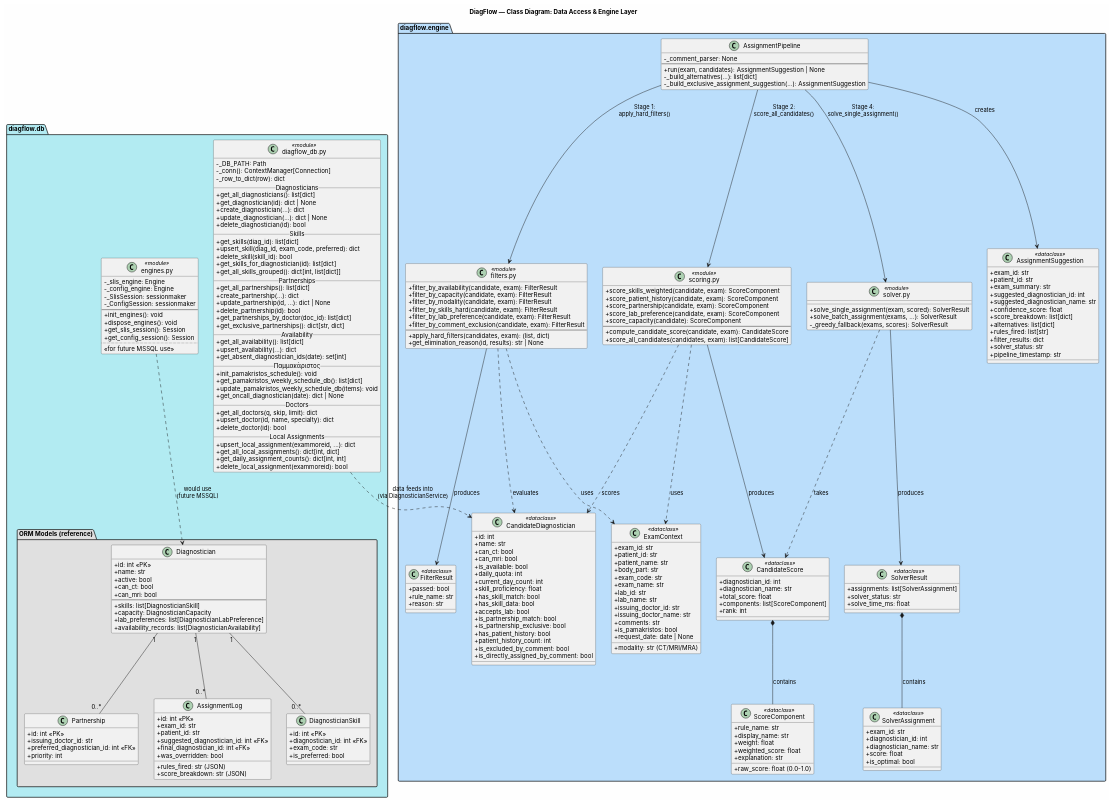
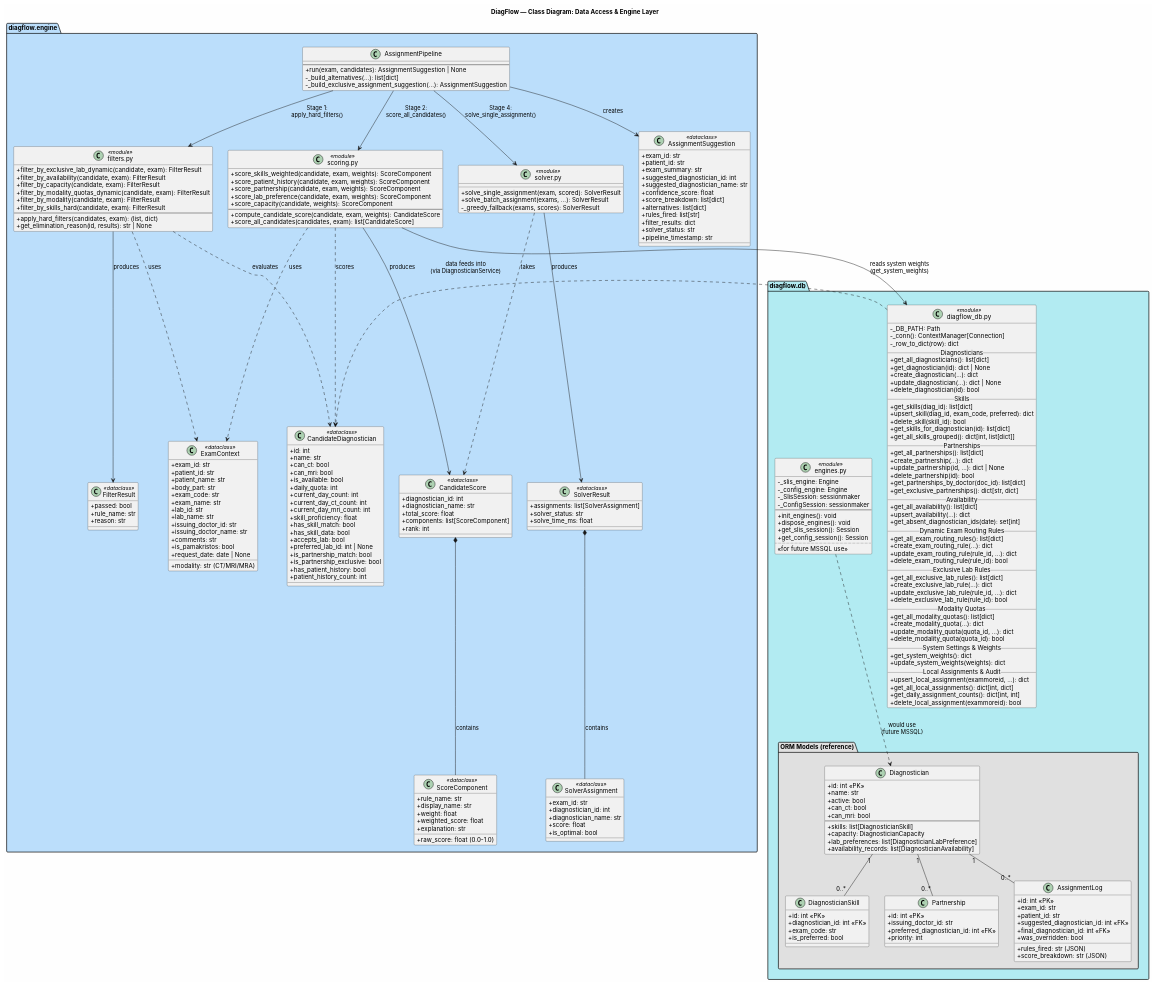
The diagram in puml/data_api.puml (Georgekon4002/diagflow), drawn with PlantUML before and after one commit. The commit also changed 35 other files, not shown here.

```diff
--- a/puml/data_api.puml
+++ b/puml/data_api.puml
@@ -37,16 +37,25 @@
         + get_all_availability(): list[dict]
         + upsert_availability(...): dict
         + get_absent_diagnostician_ids(date): set[int]
-        __ Παμμακάριστος __
-        + init_pamakristos_schedule(): void
-        + get_pamakristos_weekly_schedule_db(): list[dict]
-        + update_pamakristos_weekly_schedule_db(items): void
-        + get_oncall_diagnostician(date): dict | None
-        __ Doctors __
-        + get_all_doctors(q, skip, limit): dict
-        + upsert_doctor(id, name, specialty): dict
-        + delete_doctor(id): bool
-        __ Local Assignments __
+        __ Dynamic Exam Routing Rules __
+        + get_all_exam_routing_rules(): list[dict]
+        + create_exam_routing_rule(...): dict
+        + update_exam_routing_rule(rule_id, ...): dict
+        + delete_exam_routing_rule(rule_id): bool
+        __ Exclusive Lab Rules __
+        + get_all_exclusive_lab_rules(): list[dict]
+        + create_exclusive_lab_rule(...): dict
+        + update_exclusive_lab_rule(rule_id, ...): dict
+        + delete_exclusive_lab_rule(rule_id): bool
+        __ Modality Quotas __
+        + get_all_modality_quotas(): list[dict]
+        + create_modality_quota(...): dict
+        + update_modality_quota(quota_id, ...): dict
+        + delete_modality_quota(quota_id): bool
+        __ System Settings & Weights __
+        + get_system_weights(): dict
+        + update_system_weights(weights): dict
+        __ Local Assignments & Audit __
         + upsert_local_assignment(exammoreid, ...): dict
         + get_all_local_assignments(): dict[int, dict]
         + get_daily_assignment_counts(): dict[int, int]
@@ -143,16 +152,17 @@
         + is_available: bool
         + daily_quota: int
         + current_day_count: int
+        + current_day_ct_count: int
+        + current_day_mri_count: int
         + skill_proficiency: float
         + has_skill_match: bool
         + has_skill_data: bool
         + accepts_lab: bool
+        + preferred_lab_id: int | None
         + is_partnership_match: bool
         + is_partnership_exclusive: bool
         + has_patient_history: bool
         + patient_history_count: int
-        + is_excluded_by_comment: bool
-        + is_directly_assigned_by_comment: bool
     }
 
     class "FilterResult" as filter_result <<dataclass>> {
@@ -162,12 +172,12 @@
     }
 
     class "filters.py" as filters <<module>> {
+        + filter_by_exclusive_lab_dynamic(candidate, exam): FilterResult
         + filter_by_availability(candidate, exam): FilterResult
         + filter_by_capacity(candidate, exam): FilterResult
+        + filter_by_modality_quotas_dynamic(candidate, exam): FilterResult
         + filter_by_modality(candidate, exam): FilterResult
         + filter_by_skills_hard(candidate, exam): FilterResult
-        + filter_by_lab_preference(candidate, exam): FilterResult
-        + filter_by_comment_exclusion(candidate, exam): FilterResult
         --
         + apply_hard_filters(candidates, exam): (list, dict)
         + get_elimination_reason(id, results): str | None
@@ -191,13 +201,13 @@
     }
 
     class "scoring.py" as scoring <<module>> {
-        + score_skills_weighted(candidate, exam): ScoreComponent
-        + score_patient_history(candidate, exam): ScoreComponent
-        + score_partnership(candidate, exam): ScoreComponent
-        + score_lab_preference(candidate, exam): ScoreComponent
-        + score_capacity(candidate): ScoreComponent
+        + score_skills_weighted(candidate, exam, weights): ScoreComponent
+        + score_patient_history(candidate, exam, weights): ScoreComponent
+        + score_partnership(candidate, exam, weights): ScoreComponent
+        + score_lab_preference(candidate, exam, weights): ScoreComponent
+        + score_capacity(candidate, weights): ScoreComponent
         --
-        + compute_candidate_score(candidate, exam): CandidateScore
+        + compute_candidate_score(candidate, exam, weights): CandidateScore
         + score_all_candidates(candidates, exam): list[CandidateScore]
     }
 
@@ -237,7 +247,6 @@
     }
 
     class "AssignmentPipeline" as pipeline {
-        - _comment_parser: None
         --
         + run(exam, candidates): AssignmentSuggestion | None
         - _build_alternatives(...): list[dict]
@@ -261,6 +270,7 @@
 scoring ..> exam_ctx : uses
 scoring ..> candidate : scores
 scoring --> cand_score : produces
+scoring --> cfg_db : "reads system weights\n(get_system_weights)"
 cand_score *-- score_comp : contains
 
 solver ..> cand_score : takes
```
